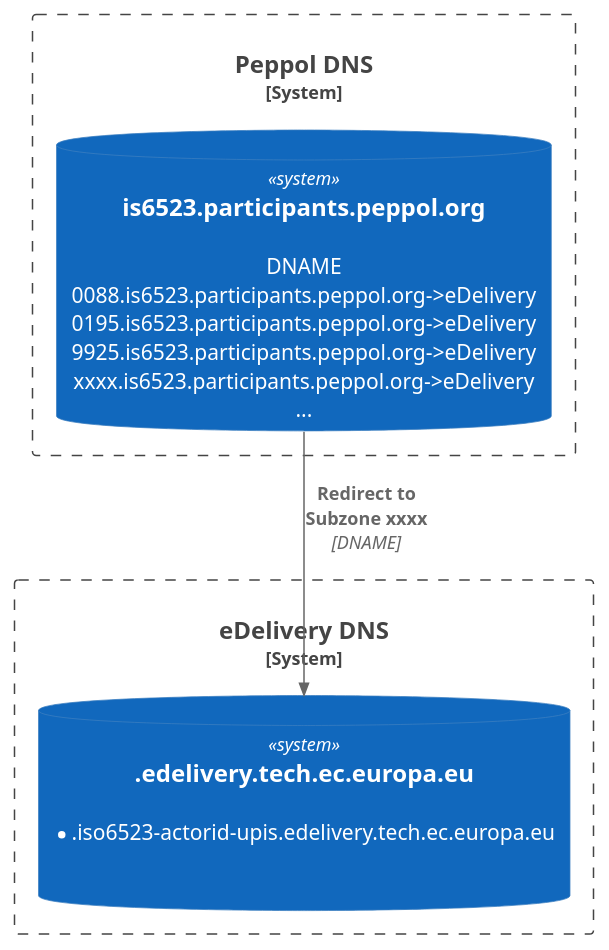
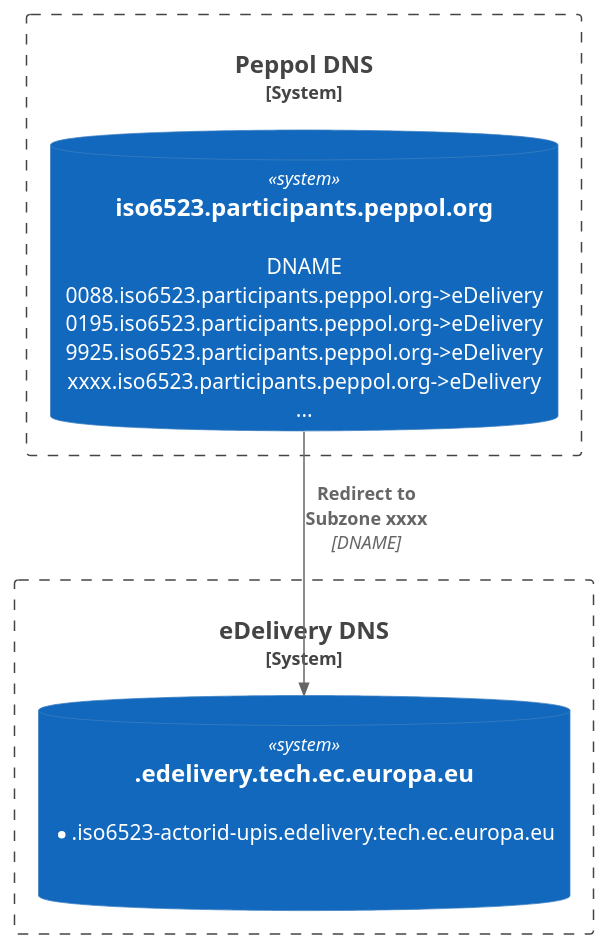
The diagram in images/dynamic-discovery-infrastructure-transition-01.puml (ec-edelivery/dynamic-discovery-federated-infrastructure), drawn with PlantUML before and after one commit. The commit also changed 9 other files, not shown here.

```diff
--- a/images/dynamic-discovery-infrastructure-transition-01.puml
+++ b/images/dynamic-discovery-infrastructure-transition-01.puml
@@ -1,14 +1,14 @@
 @startuml Basic Sample
 !include https://raw.githubusercontent.com/plantuml-stdlib/C4-PlantUML/master/C4_Container.puml
 
 
 System_Boundary(c1, "eDelivery DNS") {
         SystemDb(eDeliveryDNS, ".edelivery.tech.ec.europa.eu", "*.iso6523-actorid-upis.edelivery.tech.ec.europa.eu\n\n")
 }
 System_Boundary(c2, "Peppol DNS") {
-    SystemDb(PeppolDNS, "is6523.participants.peppol.org", "DNAME\n0088.is6523.participants.peppol.org->eDelivery\n0195.is6523.participants.peppol.org->eDelivery\n9925.is6523.participants.peppol.org->eDelivery\nxxxx.is6523.participants.peppol.org->eDelivery\n...")
+    SystemDb(PeppolDNS, "iso6523.participants.peppol.org", "DNAME\n0088.iso6523.participants.peppol.org->eDelivery\n0195.iso6523.participants.peppol.org->eDelivery\n9925.iso6523.participants.peppol.org->eDelivery\nxxxx.iso6523.participants.peppol.org->eDelivery\n...")
 }
 
 
 Rel(PeppolDNS, eDeliveryDNS, "Redirect to\nSubzone xxxx", "DNAME")
 @enduml
```
